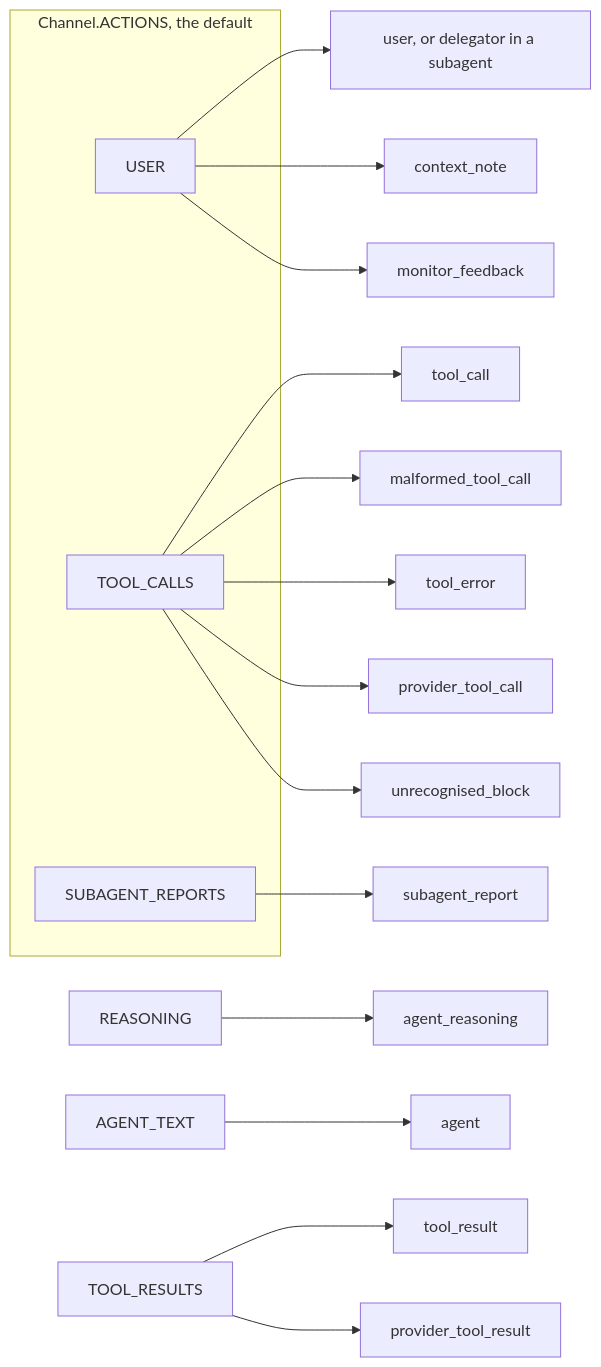
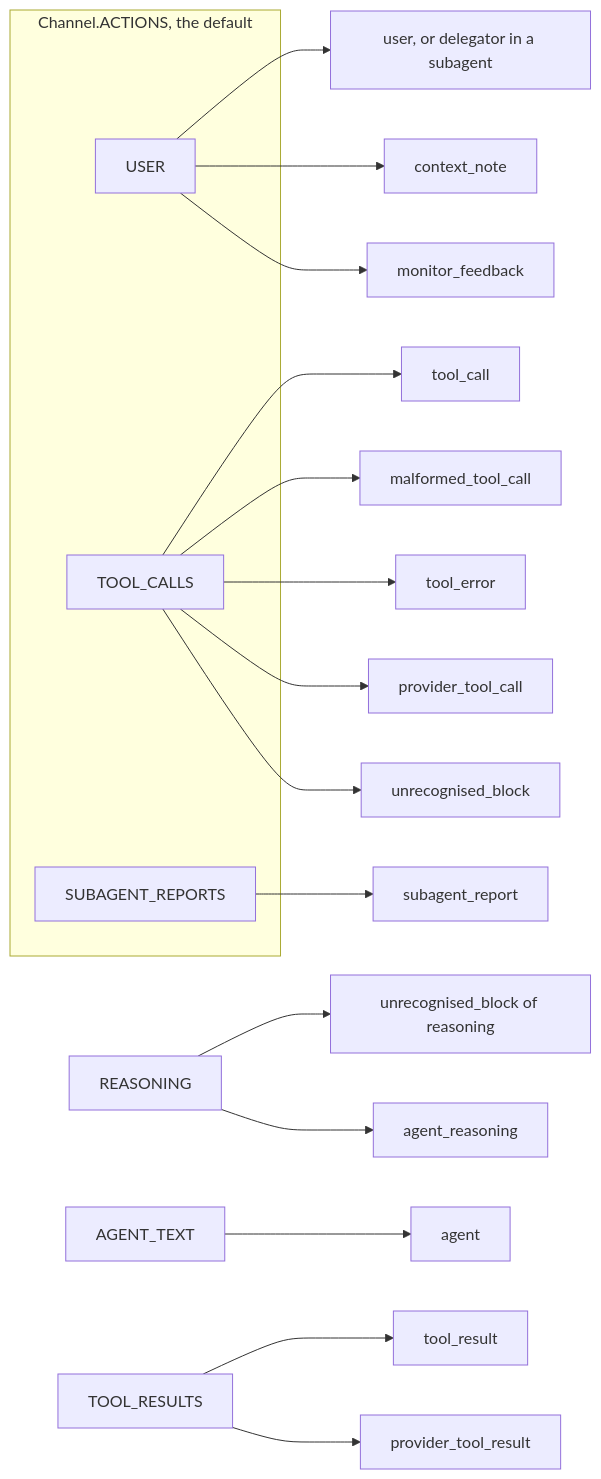
The diagram in docs/how-to/choose-what-the-monitor-reads.md (omamori-lab/langchain-sync-monitors), drawn with Mermaid before and after one commit. The commit also changed other lines of this file and 6 other files, not shown here.

````diff
--- a/docs/how-to/choose-what-the-monitor-reads.md
+++ b/docs/how-to/choose-what-the-monitor-reads.md
@@ -45,24 +45,25 @@
 ```mermaid
 flowchart LR
     subgraph actions ["Channel.ACTIONS, the default"]
         channelUser["USER"]
         channelCalls["TOOL_CALLS"]
         channelReports["SUBAGENT_REPORTS"]
     end
     channelReasoning["REASONING"]
     channelText["AGENT_TEXT"]
     channelResults["TOOL_RESULTS"]
     channelUser --> tagUser["user, or delegator in a subagent"]
     channelUser --> tagNote["context_note"]
     channelUser --> tagFeedback["monitor_feedback"]
     channelCalls --> tagCall["tool_call"]
     channelCalls --> tagMalformed["malformed_tool_call"]
     channelCalls --> tagError["tool_error"]
     channelCalls --> tagProviderCall["provider_tool_call"]
     channelCalls --> tagUnrecognised["unrecognised_block"]
+    channelReasoning --> tagUnrecognisedReasoning["unrecognised_block of reasoning"]
     channelReports --> tagReport["subagent_report"]
     channelReasoning --> tagReasoning["agent_reasoning"]
     channelText --> tagAgent["agent"]
     channelResults --> tagResult["tool_result"]
     channelResults --> tagProviderResult["provider_tool_result"]
 ```
````
